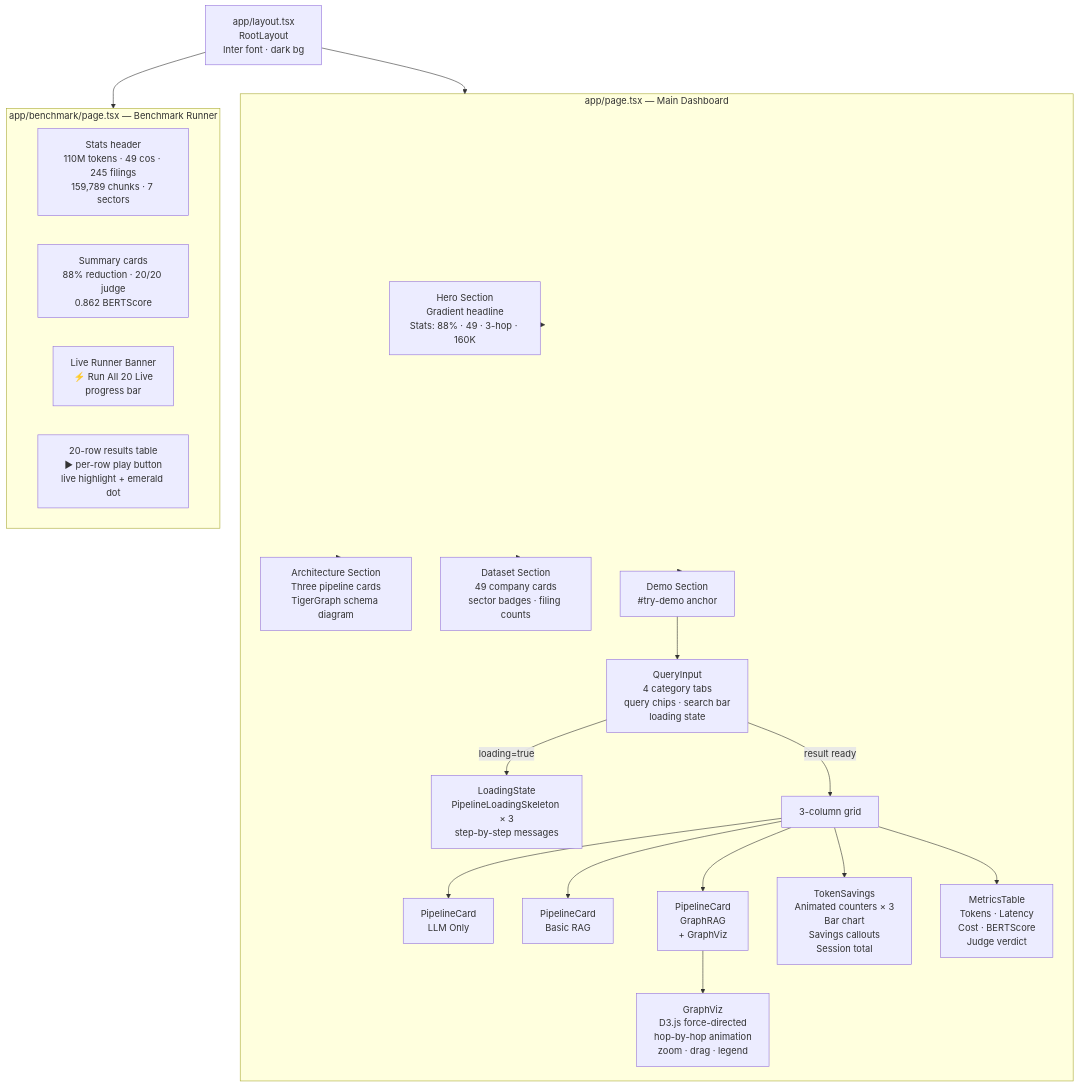
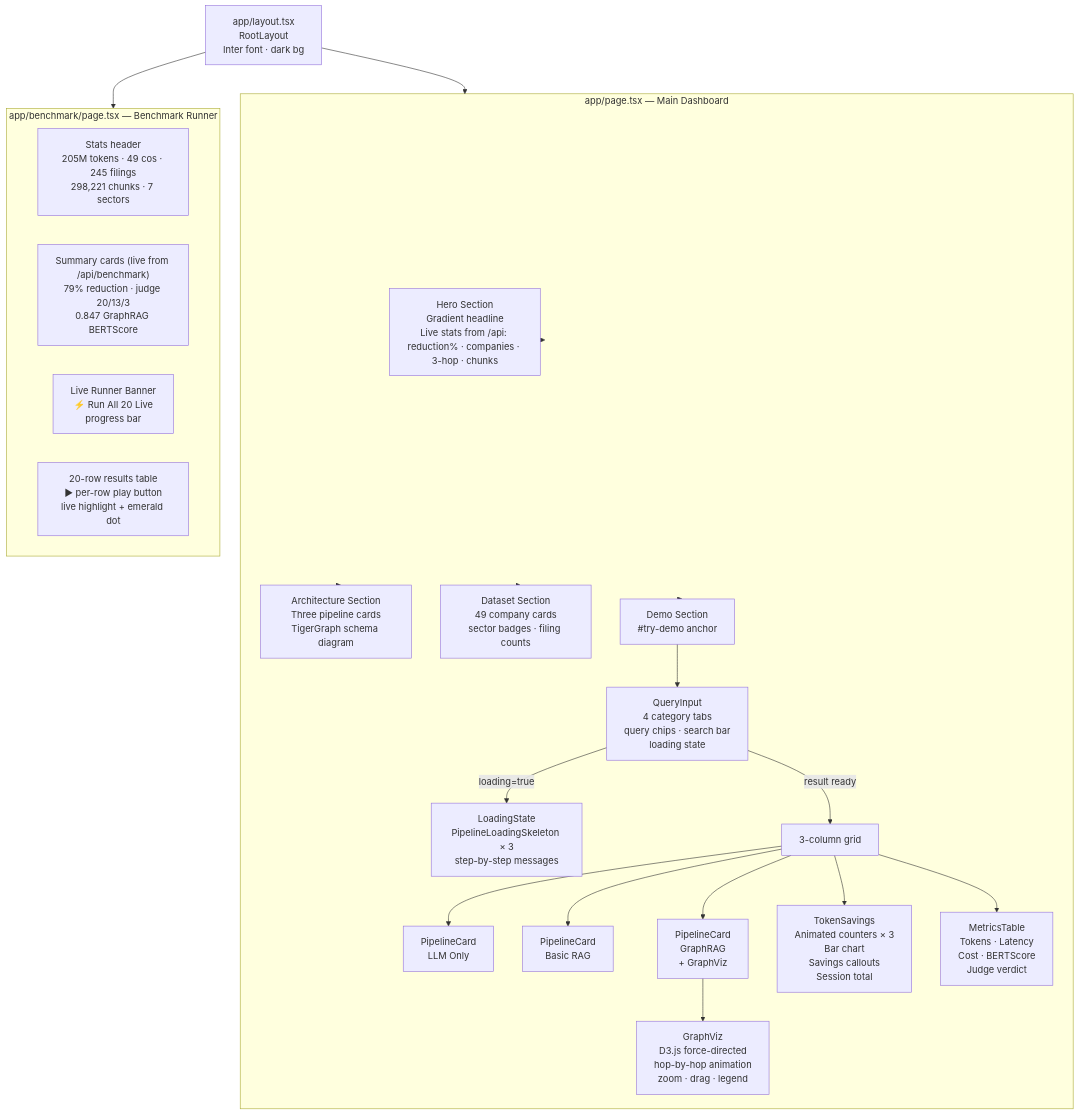
The ninth of 16 diagrams in architecture.md (AayushG10/graprag-evaluation-piplines), drawn with Mermaid before and after one commit. The commit also changed other lines of this file and 14 other files, not shown here.

````diff
--- a/architecture.md
+++ b/architecture.md
@@ -411,37 +411,37 @@
 ```mermaid
 graph TD
     APP["app/layout.tsx\nRootLayout\nInter font · dark bg"]
 
     subgraph HOME["app/page.tsx — Main Dashboard"]
-        HERO["Hero Section\nGradient headline\nStats: 88% · 49 · 3-hop · 160K"]
+        HERO["Hero Section\nGradient headline\nLive stats from /api: reduction% · companies · 3-hop · chunks"]
         ARCH["Architecture Section\nThree pipeline cards\nTigerGraph schema diagram"]
         DATA["Dataset Section\n49 company cards\nsector badges · filing counts"]
         DEMO["Demo Section\n#try-demo anchor"]
         QI["QueryInput\n4 category tabs\nquery chips · search bar\nloading state"]
         LOAD["LoadingState\nPipelineLoadingSkeleton × 3\nstep-by-step messages"]
         GRID["3-column grid"]
         PC1["PipelineCard\nLLM Only"]
         PC2["PipelineCard\nBasic RAG"]
         PC3["PipelineCard\nGraphRAG\n+ GraphViz"]
         GV["GraphViz\nD3.js force-directed\nhop-by-hop animation\nzoom · drag · legend"]
         TS["TokenSavings\nAnimated counters × 3\nBar chart\nSavings callouts\nSession total"]
         MT["MetricsTable\nTokens · Latency\nCost · BERTScore\nJudge verdict"]
     end
 
     subgraph BENCH["app/benchmark/page.tsx — Benchmark Runner"]
-        BH["Stats header\n110M tokens · 49 cos · 245 filings\n159,789 chunks · 7 sectors"]
-        BS2["Summary cards\n88% reduction · 20/20 judge\n0.862 BERTScore"]
+        BH["Stats header\n205M tokens · 49 cos · 245 filings\n298,221 chunks · 7 sectors"]
+        BS2["Summary cards (live from /api/benchmark)\n79% reduction · judge 20/13/3\n0.847 GraphRAG BERTScore"]
         BLR["Live Runner Banner\n⚡ Run All 20 Live\nprogress bar"]
         BTABLE["20-row results table\n▶ per-row play button\nlive highlight + emerald dot"]
     end
 
     APP --> HOME & BENCH
     HOME --> HERO & ARCH & DATA & DEMO
     DEMO --> QI
     QI -->|"loading=true"| LOAD
     QI -->|"result ready"| GRID
     GRID --> PC1 & PC2 & PC3
     PC3 --> GV
     GRID --> TS
     GRID --> MT
 ```
````
